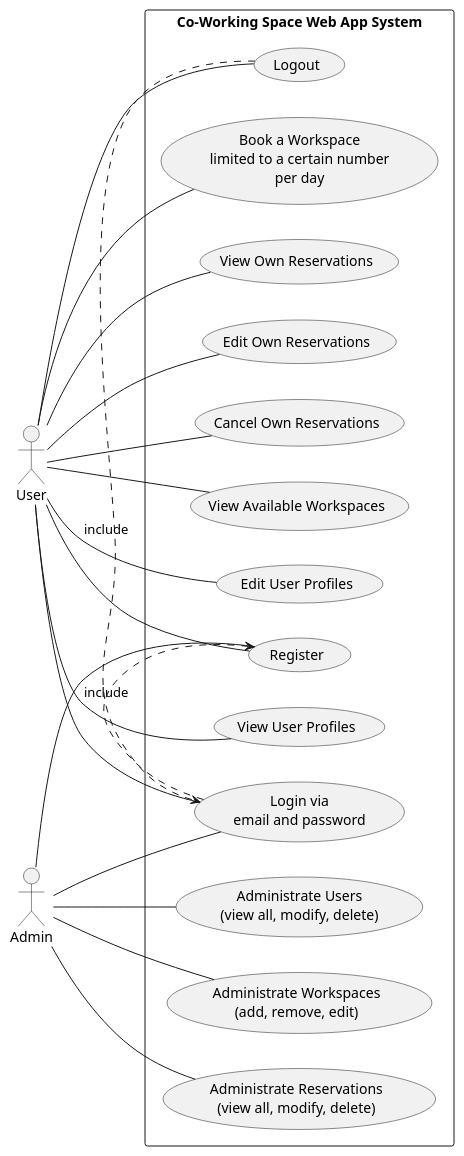
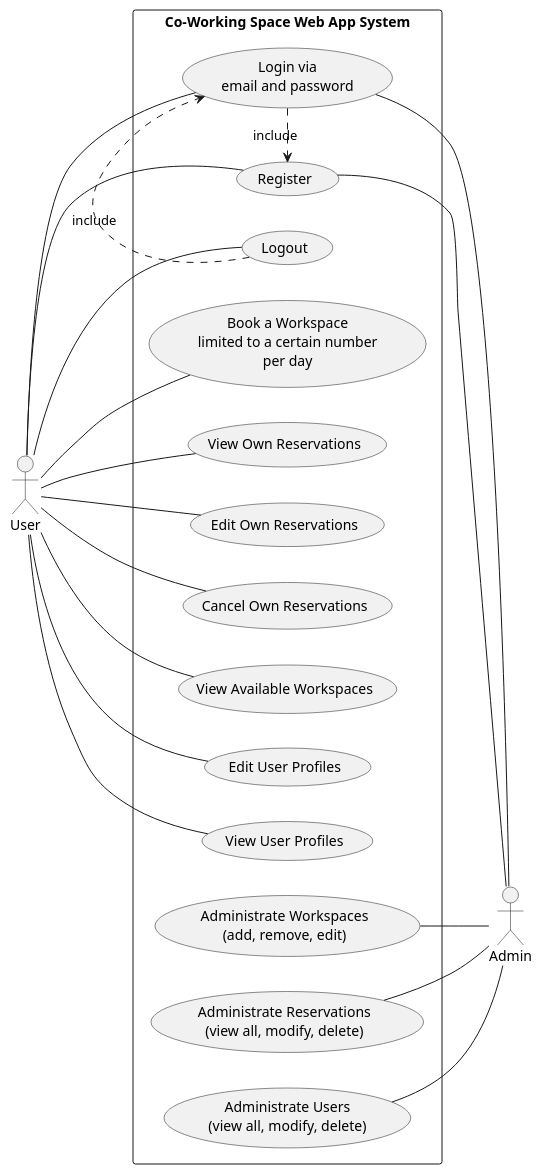
One commit to tanawinvisa/co-working-space-web-app changed the diagram in PlantUML/UseCase/UseCase.puml. Above: the diagram before and after it, drawn with PlantUML. The commit also changed other lines of this file, not shown here.

```diff
--- a/PlantUML/UseCase/UseCase.puml
+++ b/PlantUML/UseCase/UseCase.puml
@@ -40,43 +1,42 @@
 @startuml Co-Working Space Web App Use Case Diagram
 left to right direction
-
-actor "User" as user
-actor "Admin" as admin
 
 rectangle "Co-Working Space Web App System" as System {
     usecase "Register" as UC1
     usecase "Login via\nemail and password" as UC2
     usecase "Logout" as UC3
     usecase "Book a Workspace\nlimited to a certain number\nper day" as UC4
     usecase "View Own Reservations" as UC5
     usecase "Edit Own Reservations" as UC6
     usecase "Cancel Own Reservations" as UC7
     usecase "View Available Workspaces" as UC8
     usecase "Edit User Profiles" as UC9
     usecase "View User Profiles" as UC10
     usecase "Administrate Workspaces\n(add, remove, edit)" as UC11
     usecase "Administrate Reservations\n(view all, modify, delete)" as UC12
     usecase "Administrate Users\n(view all, modify, delete)" as UC13
 }
 
+actor "User" as user
 user -- UC1
 user -- UC2
 user -- UC3
 user -- UC4
 user -- UC5
 user -- UC6
 user -- UC7
 user -- UC8
 user -- UC9
 user -- UC10
 
 UC2 .> UC1 : include
 UC3 .> UC2 : include
 
-admin -- UC1
-admin -- UC2
-admin -- UC11
-admin -- UC12
-admin -- UC13
+actor "Admin" as admin
+UC1 -- admin 
+UC2 -- admin 
+UC11 -- admin 
+UC12 -- admin 
+UC13 -- admin 
 
 @enduml
```
